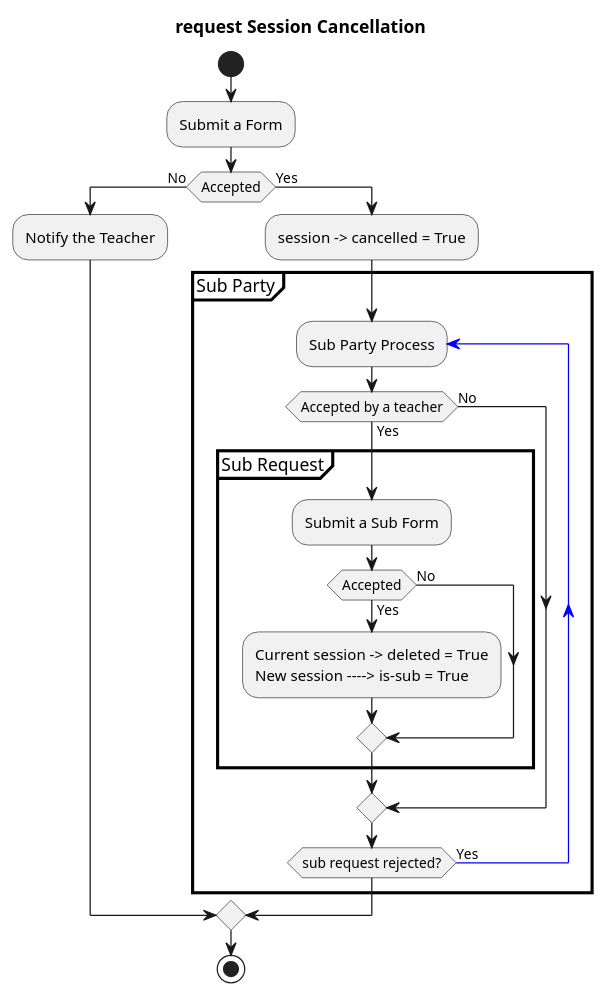
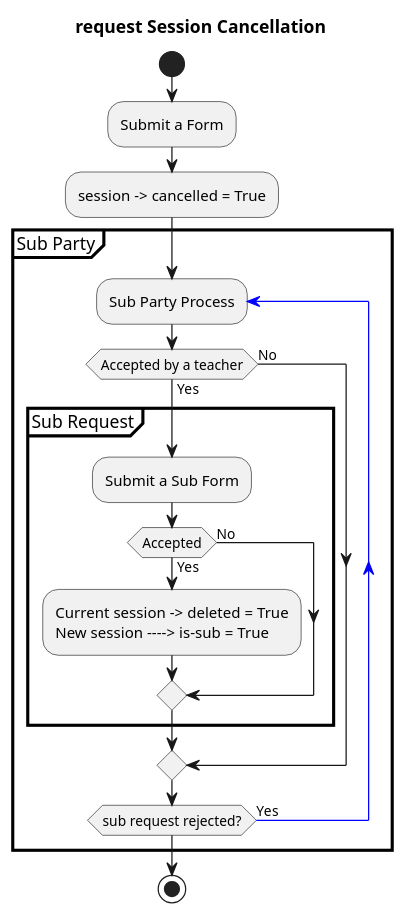
Before and after one commit to ashkanramedani/accounting: the diagram in api/Diagram/SessionCancellation.puml, drawn with PlantUML. The commit also changed 8 other files, not shown here.

```diff
--- a/api/Diagram/SessionCancellation.puml
+++ b/api/Diagram/SessionCancellation.puml
@@ -1,37 +1,33 @@
 @startuml
 <style>
   partition {
     LineColor Black
     LineThickness 2.5
   }
 </style>
 
 start
 title request Session Cancellation
 
 :Submit a Form;
-if (Accepted) then (No)
-:Notify the Teacher;
-else (Yes)
-    :session -> cancelled = True;
+:session -> cancelled = True;
 
-    partition Sub Party {
-            repeat :Sub Party Process;
-                if (Accepted by a teacher) then (Yes)
+partition Sub Party {
+        repeat :Sub Party Process;
+            if (Accepted by a teacher) then (Yes)
 
-                    partition Sub Request {
-                        :Submit a Sub Form;
-                        if (Accepted) then (Yes)
-                            :Current session -> deleted = True
-                            New session ----> is-sub = True;
-                        else (No)
-                        endif
-                    }
-                else (No)
-                endif
-            repeat while (sub request rejected?) is (Yes) -[#blue]->
+                partition Sub Request {
+                    :Submit a Sub Form;
+                    if (Accepted) then (Yes)
+                        :Current session -> deleted = True
+                        New session ----> is-sub = True;
+                    else (No)
+                    endif
+                }
+            else (No)
+            endif
+        repeat while (sub request rejected?) is (Yes) -[#blue]->
     }
-endif
 stop
 
 @enduml
```
